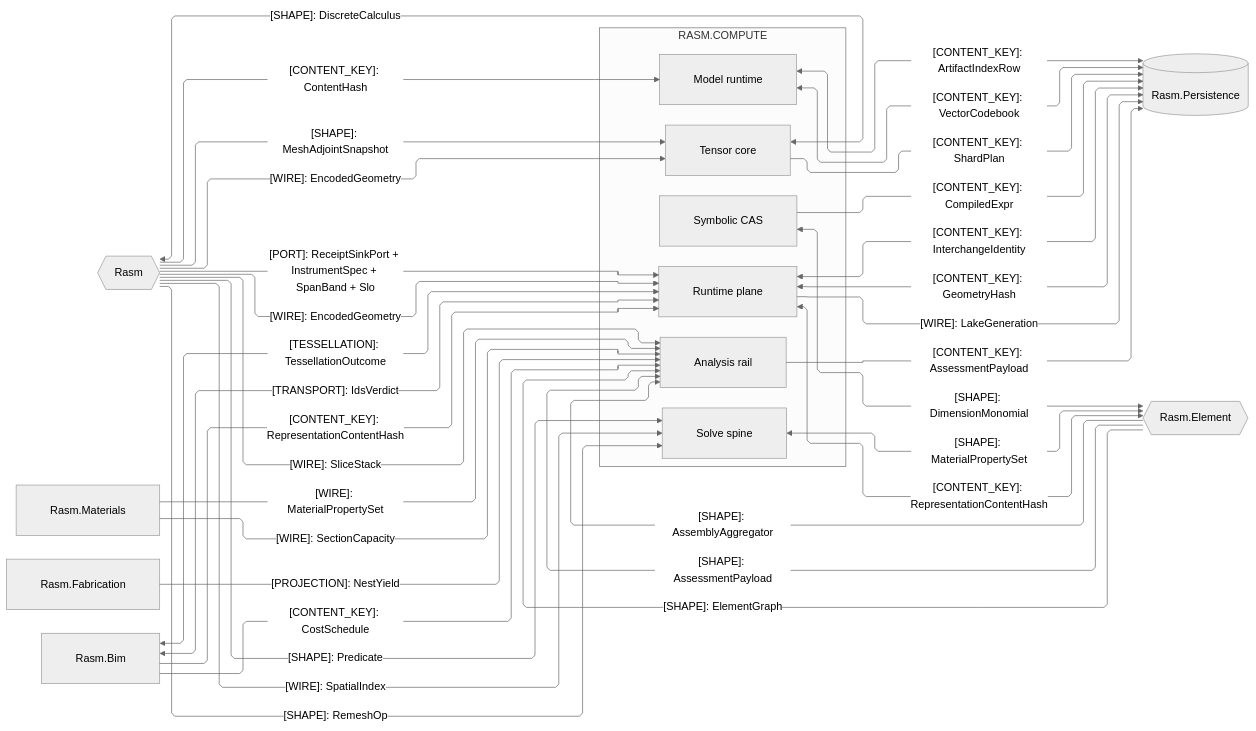
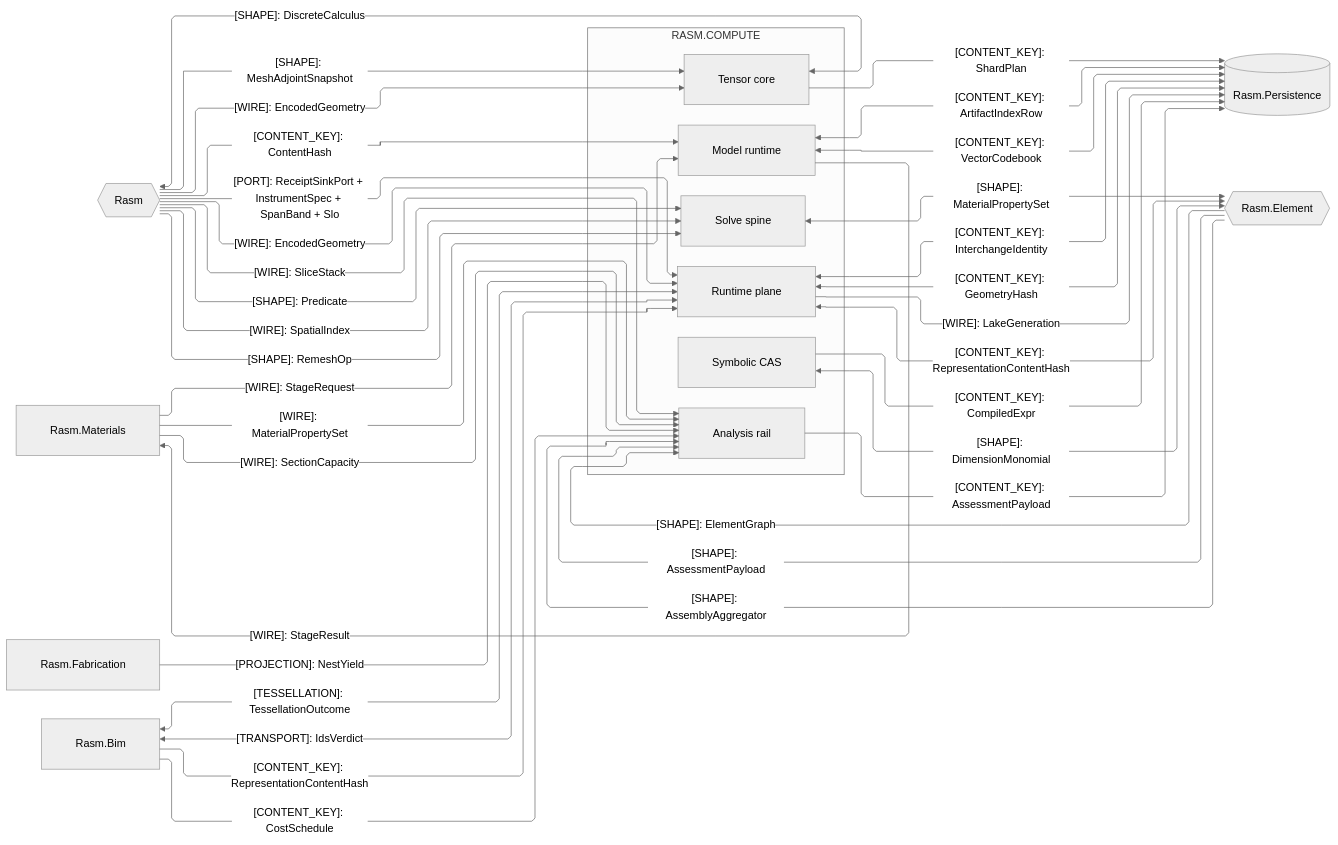
One commit to bsamiee/Rasm changed the second of 4 diagrams in libs/csharp/Rasm.Compute/ARCHITECTURE.md. Above: the diagram before and after it, drawn with Mermaid (neutral theme). The commit also changed other lines of this file and 65 other files, not shown here.

````diff
--- a/libs/csharp/Rasm.Compute/ARCHITECTURE.md
+++ b/libs/csharp/Rasm.Compute/ARCHITECTURE.md
@@ -132,57 +132,59 @@
 ```mermaid
 ---
 config:
   layout: elk
   flowchart:
     curve: linear
     padding: 25
 ---
 flowchart LR
     accTitle: Compute AEC-domain and storage seams
     accDescr: Compute sub-domain owners exchanging content keys, neutral shapes, wires, projections, transport, and tessellation with the kernel, the Element/Materials/Bim/Fabrication AEC peers, and the persistence store, one edge per contract family labeled by kind and shared shape.
     subgraph compute[RASM.COMPUTE]
         Model[Model runtime]
         Tensor[Tensor core]
         Solver[Solve spine]
         Symbolic[Symbolic CAS]
         Analysis[Analysis rail]
         Runtime[Runtime plane]
     end
     Rasm{{Rasm}}
     Persistence[(Rasm.Persistence)]
     Element{{Rasm.Element}}
     Materials[Rasm.Materials]
     Fabrication[Rasm.Fabrication]
     Bim[Rasm.Bim]
     Rasm e1@-->|"[CONTENT_KEY]: ContentHash"| Model
     Rasm e22@-->|"[PORT]: ReceiptSinkPort + InstrumentSpec + SpanBand + Slo"| Runtime
     Rasm e2@-->|"[SHAPE]: Predicate"| Solver
     Tensor e3@<-->|"[SHAPE]: DiscreteCalculus"| Rasm
     Rasm e4@-->|"[WIRE]: SliceStack"| Analysis
     Rasm e18@-->|"[SHAPE]: MeshAdjointSnapshot"| Tensor
     Rasm e19@-->|"[WIRE]: SpatialIndex"| Solver
     Rasm e20@-->|"[SHAPE]: RemeshOp"| Solver
     Rasm e21@-->|"[WIRE]: EncodedGeometry"| Tensor
     Model e15@<-->|"[CONTENT_KEY]: ArtifactIndexRow"| Persistence
     Model e27@<-->|"[CONTENT_KEY]: VectorCodebook"| Persistence
     Tensor e16@-->|"[CONTENT_KEY]: ShardPlan"| Persistence
     Symbolic e14@-->|"[CONTENT_KEY]: CompiledExpr"| Persistence
     Analysis e13@-->|"[CONTENT_KEY]: AssessmentPayload"| Persistence
     Runtime e17@<-->|"[CONTENT_KEY]: InterchangeIdentity"| Persistence
     Runtime e28@<-->|"[CONTENT_KEY]: GeometryHash"| Persistence
     Runtime e29@-->|"[WIRE]: LakeGeneration"| Persistence
     Rasm e30@-->|"[WIRE]: EncodedGeometry"| Runtime
     Solver e8@<-->|"[SHAPE]: MaterialPropertySet"| Element
     Symbolic e7@<-->|"[SHAPE]: DimensionMonomial"| Element
     Element e5@-->|"[SHAPE]: ElementGraph"| Analysis
     Element e22@-->|"[SHAPE]: AssessmentPayload"| Analysis
     Runtime e6@<-->|"[CONTENT_KEY]: RepresentationContentHash"| Element
     Element e10@-->|"[SHAPE]: AssemblyAggregator"| Analysis
     Materials e9@-->|"[WIRE]: MaterialPropertySet"| Analysis
     Materials e23@-->|"[WIRE]: SectionCapacity"| Analysis
+    Materials e31@-->|"[WIRE]: StageRequest"| Model
+    Model e32@-->|"[WIRE]: StageResult"| Materials
     Fabrication e12@-->|"[PROJECTION]: NestYield"| Analysis
     Bim e11@<-->|"[TESSELLATION]: TessellationOutcome"| Runtime
     Bim e24@<-->|"[TRANSPORT]: IdsVerdict"| Runtime
     Bim e25@-->|"[CONTENT_KEY]: RepresentationContentHash"| Runtime
     Bim e26@-->|"[CONTENT_KEY]: CostSchedule"| Analysis
 ```
````
